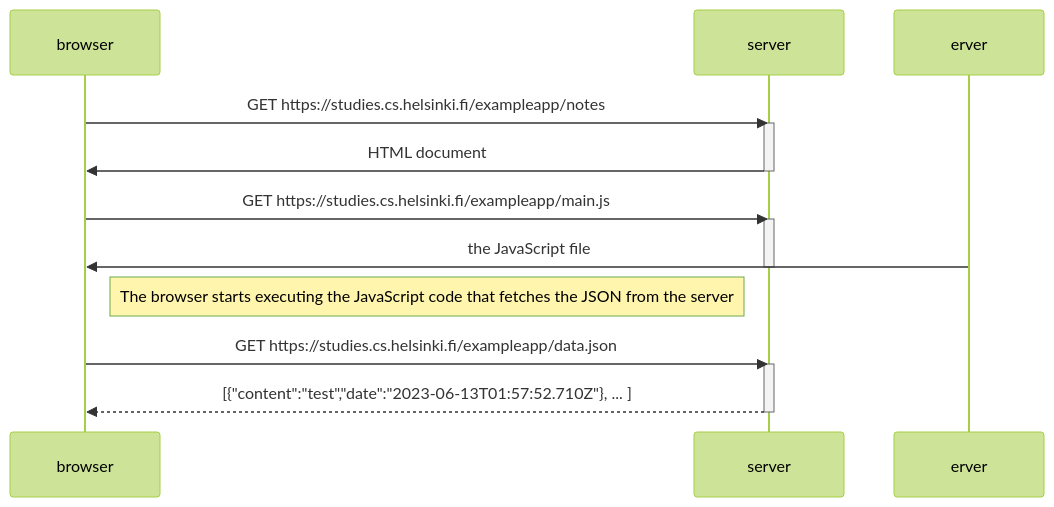
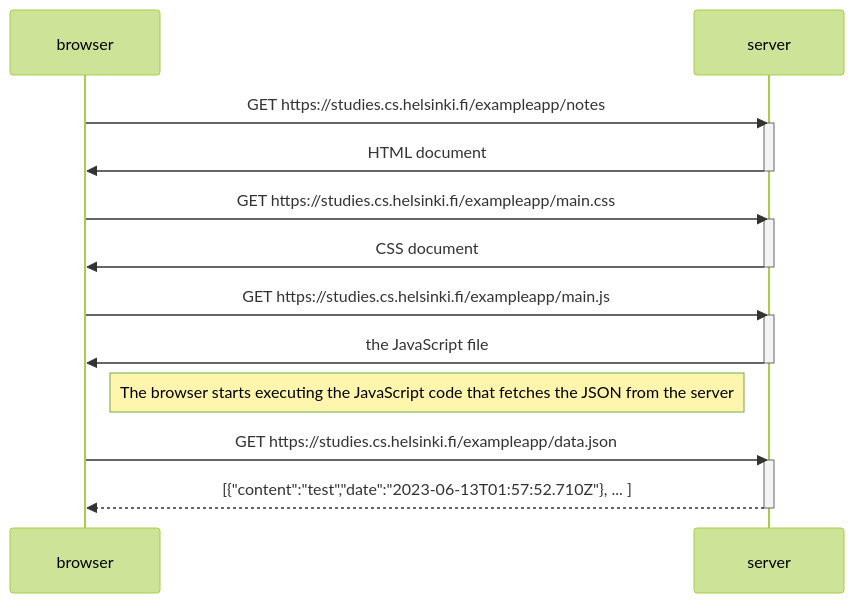
One commit to z1mmz/full-stack-open changed the diagram in Part0/0.4- New note diagram.md. Above: the diagram before and after it, drawn with Mermaid (forest theme).

Commit message:
fixed spelling

````diff
--- a/Part0/0.4- New note diagram.md
+++ b/Part0/0.4- New note diagram.md
@@ -1,24 +1,29 @@
 ```mermaid
 sequenceDiagram
     participant browser
     participant server
 
     browser->>server: GET https://studies.cs.helsinki.fi/exampleapp/notes
     activate server
     server->>browser: HTML document
     deactivate server
 
+    browser->>server: GET https://studies.cs.helsinki.fi/exampleapp/main.css
+    activate server
+    server->>browser: CSS document
+    deactivate server
+
     browser->>server: GET https://studies.cs.helsinki.fi/exampleapp/main.js
     activate server
-    erver->>browser: the JavaScript file
+    server->>browser: the JavaScript file
     deactivate server
 
     Note right of browser: The browser starts executing the JavaScript code that fetches the JSON from the server
 
     browser->>server: GET https://studies.cs.helsinki.fi/exampleapp/data.json
     activate server
     server-->>browser: [{"content":"test","date":"2023-06-13T01:57:52.710Z"}, ... ]
     deactivate server
 
 
 ```
````
